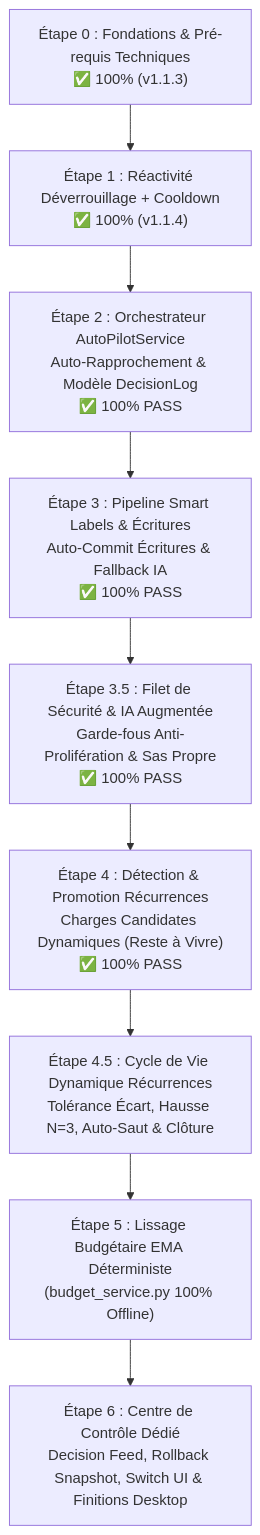
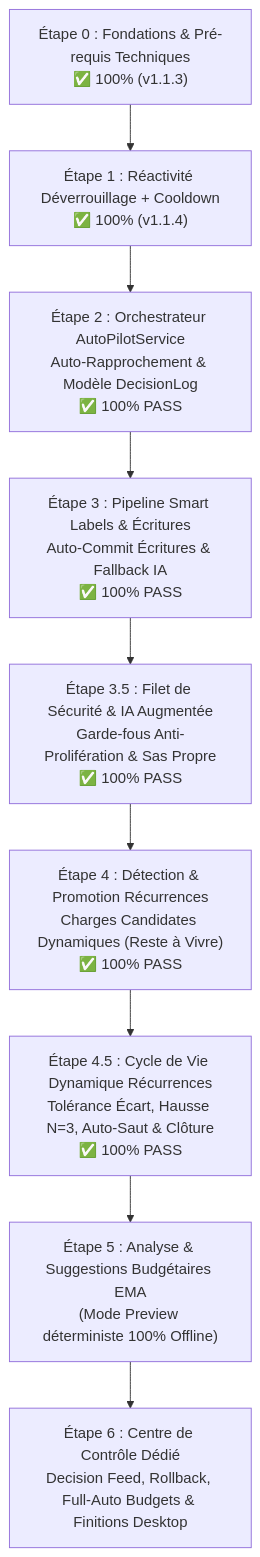
One commit to Aschefr/OmniBank-Local changed the diagram in docs/AUTO_PILOT_ROADMAP.md. Above: the diagram before and after it, drawn with Mermaid. The commit also changed other lines of this file and 23 other files, not shown here.

````diff
--- a/docs/AUTO_PILOT_ROADMAP.md
+++ b/docs/AUTO_PILOT_ROADMAP.md
@@ -519,11 +543,11 @@
 ```mermaid
 graph TD
     Z["Étape 0 : Fondations & Pré-requis Techniques<br/>✅ 100% (v1.1.3)"] --> A["Étape 1 : Réactivité Déverrouillage + Cooldown<br/>✅ 100% (v1.1.4)"]
     A --> B["Étape 2 : Orchestrateur AutoPilotService<br/>Auto-Rapprochement & Modèle DecisionLog<br/>✅ 100% PASS"]
     B --> C["Étape 3 : Pipeline Smart Labels & Écritures<br/>Auto-Commit Écritures & Fallback IA<br/>✅ 100% PASS"]
     C --> C1["Étape 3.5 : Filet de Sécurité & IA Augmentée<br/>Garde-fous Anti-Prolifération & Sas Propre<br/>✅ 100% PASS"]
     C1 --> D["Étape 4 : Détection & Promotion Récurrences<br/>Charges Candidates Dynamiques (Reste à Vivre)<br/>✅ 100% PASS"]
-    D --> D1["Étape 4.5 : Cycle de Vie Dynamique Récurrences<br/>Tolérance Écart, Hausse N=3, Auto-Saut & Clôture"]
-    D1 --> E["Étape 5 : Lissage Budgétaire EMA Déterministe<br/>(budget_service.py 100% Offline)"]
-    E --> F["Étape 6 : Centre de Contrôle Dédié<br/>Decision Feed, Rollback Snapshot, Switch UI & Finitions Desktop"]
+    D --> D1["Étape 4.5 : Cycle de Vie Dynamique Récurrences<br/>Tolérance Écart, Hausse N=3, Auto-Saut & Clôture<br/>✅ 100% PASS"]
+    D1 --> E["Étape 5 : Analyse & Suggestions Budgétaires EMA<br/>(Mode Preview déterministe 100% Offline)"]
+    E --> F["Étape 6 : Centre de Contrôle Dédié<br/>Decision Feed, Rollback, Full-Auto Budgets & Finitions Desktop"]
 ```
````
